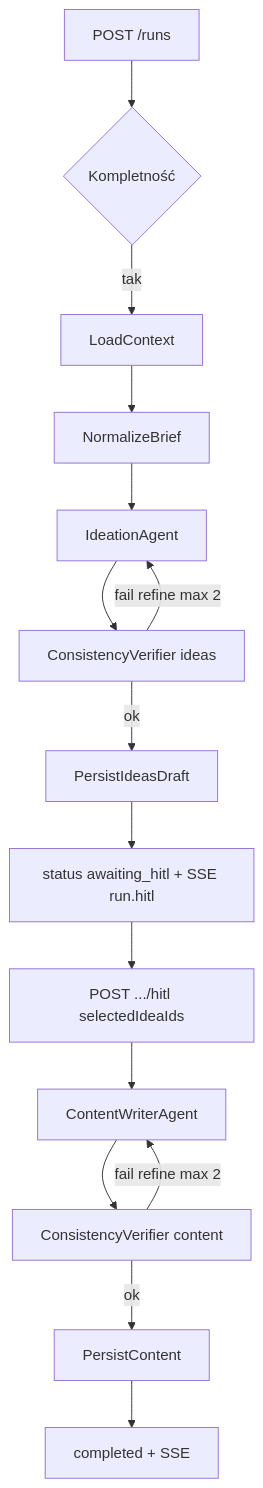
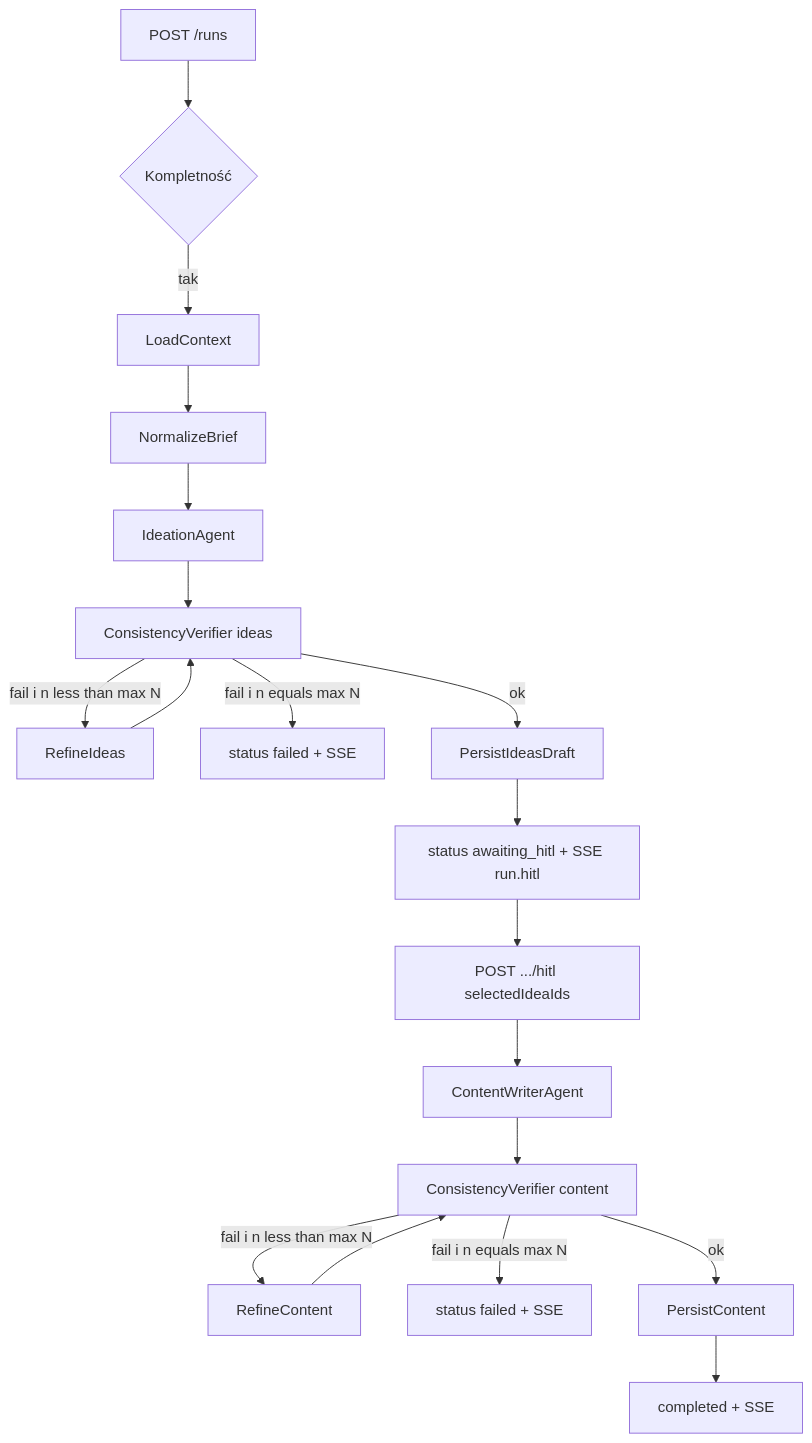
The fourth of 6 diagrams in docs/data_flow.md (matej2314/content-chain), drawn with Mermaid before and after one commit. The commit also changed other lines of this file and 7 other files, not shown here.

Commit message:
Compile the Social LangGraph pipeline and expose it through SocialPipelineFacade. Route by phase after normalizeBrief, loop refine back to the verifier, and map graph state to completed, HITL, or failed outcomes without a checkpointer.

````diff
--- a/docs/data_flow.md
+++ b/docs/data_flow.md
@@ -92,17 +94,21 @@
 ```mermaid
 flowchart TB
   Start[POST /runs] --> Gate{Kompletność}
   Gate -->|tak| Load[LoadContext]
   Load --> Norm[NormalizeBrief]
   Norm --> Idea[IdeationAgent]
   Idea --> VerI[ConsistencyVerifier ideas]
-  VerI -->|fail refine max 2| Idea
+  VerI -->|fail i n less than max N| RefI[RefineIdeas]
+  RefI --> VerI
+  VerI -->|fail i n equals max N| FailI[status failed + SSE]
   VerI -->|ok| Draft[PersistIdeasDraft]
   Draft --> Hitl[status awaiting_hitl + SSE run.hitl]
   Hitl --> User[POST .../hitl selectedIdeaIds]
   User --> Write[ContentWriterAgent]
   Write --> VerC[ConsistencyVerifier content]
-  VerC -->|fail refine max 2| Write
+  VerC -->|fail i n less than max N| RefC[RefineContent]
+  RefC --> VerC
+  VerC -->|fail i n equals max N| FailC[status failed + SSE]
   VerC -->|ok| Pers[PersistContent]
   Pers --> Done[completed + SSE]
 ```
````
